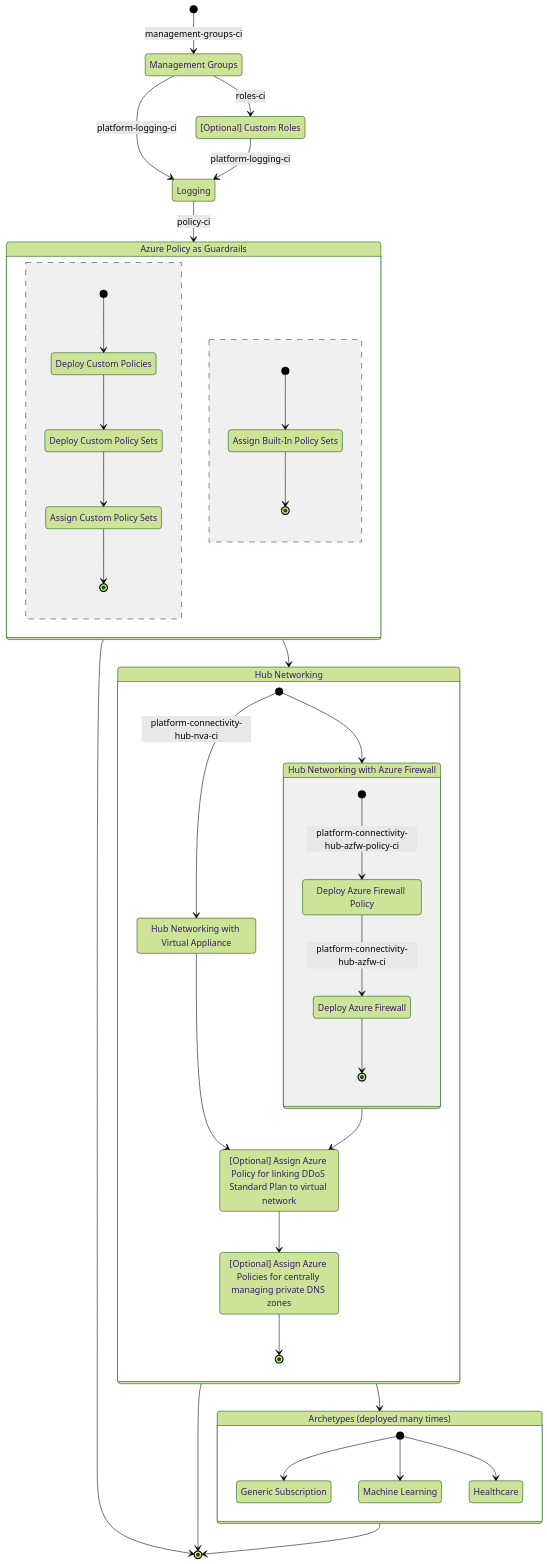
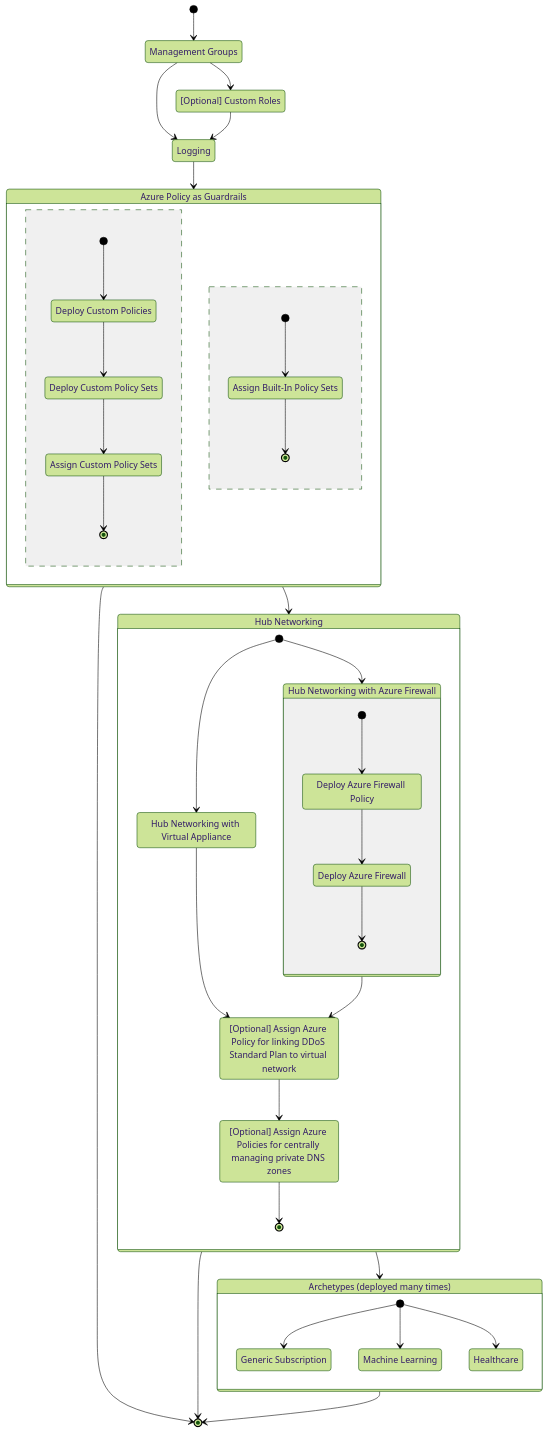
The diagram in docs/onboarding/azure-devops-pipelines.md (Azure/CanadaPubSecALZ), drawn with Mermaid (forest theme) before and after one commit.

Commit message:
Remove pipeline names

````diff
--- a/docs/onboarding/azure-devops-pipelines.md
+++ b/docs/onboarding/azure-devops-pipelines.md
@@ -52,74 +52,74 @@
 ```mermaid
   stateDiagram-v2
     ManagementGroups: Management Groups
     CustomRoles: [Optional] Custom Roles
     Logging: Logging
 
     Policy: Azure Policy as Guardrails
     DeployCustomPolicies: Deploy Custom Policies
     DeployCustomPolicySets: Deploy Custom Policy Sets
     AssignCustomPolicySets: Assign Custom Policy Sets
     AssignBuiltInPolicySets:  Assign Built-In Policy Sets
 
     HubNetworking: Hub Networking
     DeployWithNetworkVirtualAppliance:  Hub Networking with Virtual Appliance
     DeployWithAzureFirewall: Hub Networking with Azure Firewall
     DeployAzureFirewallPolicy: Deploy Azure Firewall Policy
     DeployAzureFirewall: Deploy Azure Firewall
     AssignDDOSPolicy: [Optional] Assign Azure Policy for linking DDoS Standard Plan to virtual network
     AssignPrivateDNSZonesPolicy: [Optional] Assign Azure Policies for centrally managing private DNS zones
 
     Archetypes: Archetypes (deployed many times)
     DeployGenericSubscriptionArchetype: Generic Subscription
     DeployMachineLearningArchetype: Machine Learning
     DeployHealthcareArchetype: Healthcare
     
-    [*] --> ManagementGroups: management-groups-ci
-    ManagementGroups --> CustomRoles: roles-ci
-    ManagementGroups-->Logging: platform-logging-ci
-    CustomRoles --> Logging: platform-logging-ci
-    Logging --> Policy: policy-ci
+    [*] --> ManagementGroups
+    ManagementGroups --> CustomRoles
+    ManagementGroups-->Logging
+    CustomRoles --> Logging
+    Logging --> Policy
 
     state Policy {
         [*] --> DeployCustomPolicies
         DeployCustomPolicies --> DeployCustomPolicySets
         DeployCustomPolicySets --> AssignCustomPolicySets
         AssignCustomPolicySets --> [*]
         --
         [*] --> AssignBuiltInPolicySets
 
         AssignBuiltInPolicySets --> [*]
     }
 
     Policy --> HubNetworking
 
     state HubNetworking {
-        [*] --> DeployWithNetworkVirtualAppliance: platform-connectivity-hub-nva-ci
+        [*] --> DeployWithNetworkVirtualAppliance
         [*] --> DeployWithAzureFirewall
 
         state DeployWithAzureFirewall {
-            [*] --> DeployAzureFirewallPolicy: platform-connectivity-hub-azfw-policy-ci
-            DeployAzureFirewallPolicy --> DeployAzureFirewall: platform-connectivity-hub-azfw-ci
+            [*] --> DeployAzureFirewallPolicy
+            DeployAzureFirewallPolicy --> DeployAzureFirewall
             DeployAzureFirewall --> [*]
         }
 
         DeployWithNetworkVirtualAppliance --> AssignDDOSPolicy
         DeployWithAzureFirewall --> AssignDDOSPolicy
 
         AssignDDOSPolicy --> AssignPrivateDNSZonesPolicy
 
         AssignPrivateDNSZonesPolicy --> [*]
     }
 
     HubNetworking --> Archetypes
 
     state Archetypes {
         [*] --> DeployGenericSubscriptionArchetype
         [*] --> DeployMachineLearningArchetype
         [*] --> DeployHealthcareArchetype 
     }
 
     Policy --> [*]
     HubNetworking --> [*]
     Archetypes --> [*]
 ```
````
